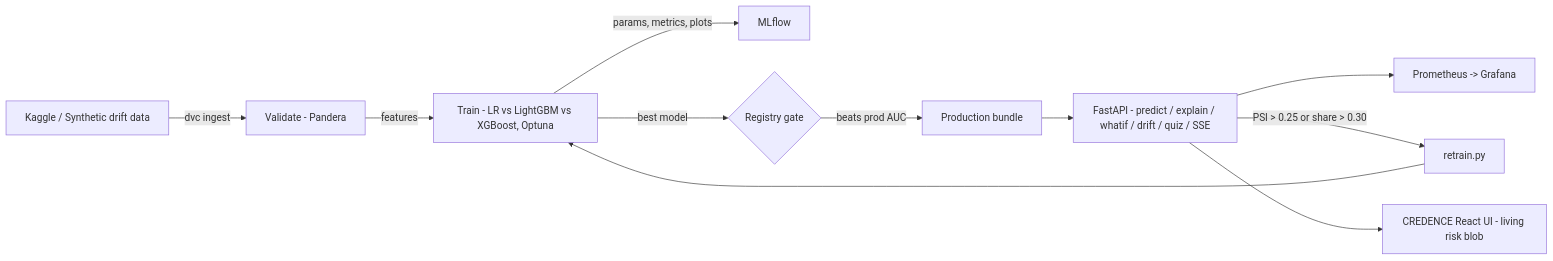
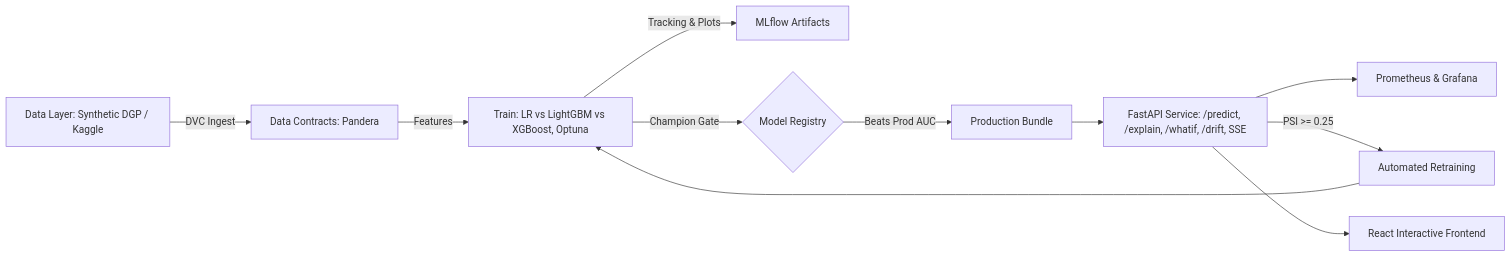
The diagram in README.md (satyam-vaish/CREDENCE), drawn with Mermaid before and after one commit. The commit also changed other lines of this file and 5 other files, not shown here.

````diff
--- a/README.md
+++ b/README.md
@@ -8,13 +17,13 @@
 ```mermaid
 graph LR
-  A[Kaggle / Synthetic drift data] -->|dvc ingest| B[Validate - Pandera]
-  B -->|features| C[Train - LR vs LightGBM vs XGBoost, Optuna]
-  C -->|params, metrics, plots| D[MLflow]
-  C -->|best model| E{Registry gate}
-  E -->|beats prod AUC| F[Production bundle]
-  F --> G[FastAPI - predict / explain / whatif / drift / quiz / SSE]
-  G --> H[Prometheus -> Grafana]
-  G -->|PSI > 0.25 or share > 0.30| I[retrain.py]
+  A[Data Layer: Synthetic DGP / Kaggle] -->|DVC Ingest| B[Data Contracts: Pandera]
+  B -->|Features| C[Train: LR vs LightGBM vs XGBoost, Optuna]
+  C -->|Tracking & Plots| D[MLflow Artifacts]
+  C -->|Champion Gate| E{Model Registry}
+  E -->|Beats Prod AUC| F[Production Bundle]
+  F --> G[FastAPI Service: /predict, /explain, /whatif, /drift, SSE]
+  G --> H[Prometheus & Grafana]
+  G -->|PSI >= 0.25| I[Automated Retraining]
   I --> C
-  G --> J[CREDENCE React UI - living risk blob]
+  G --> J[React Interactive Frontend]
 ```
````
